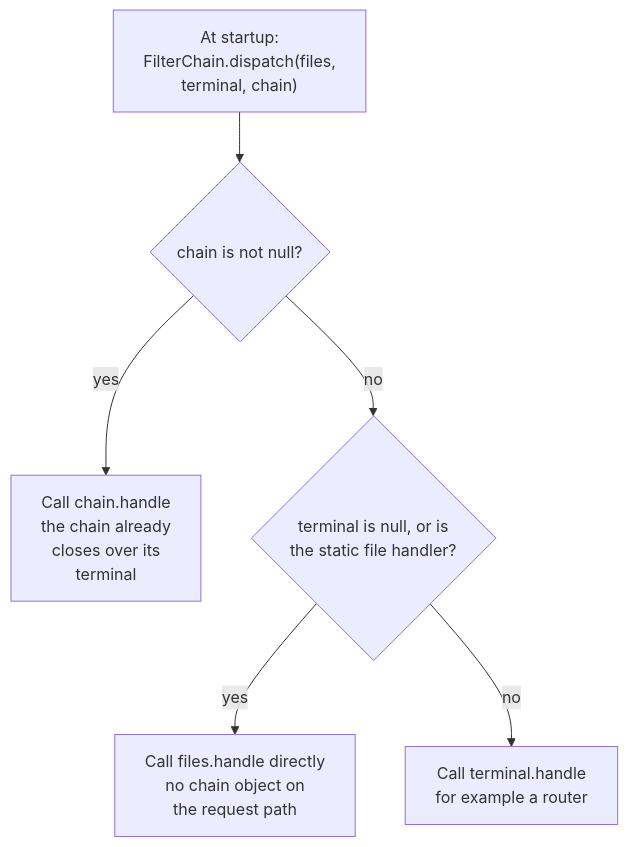
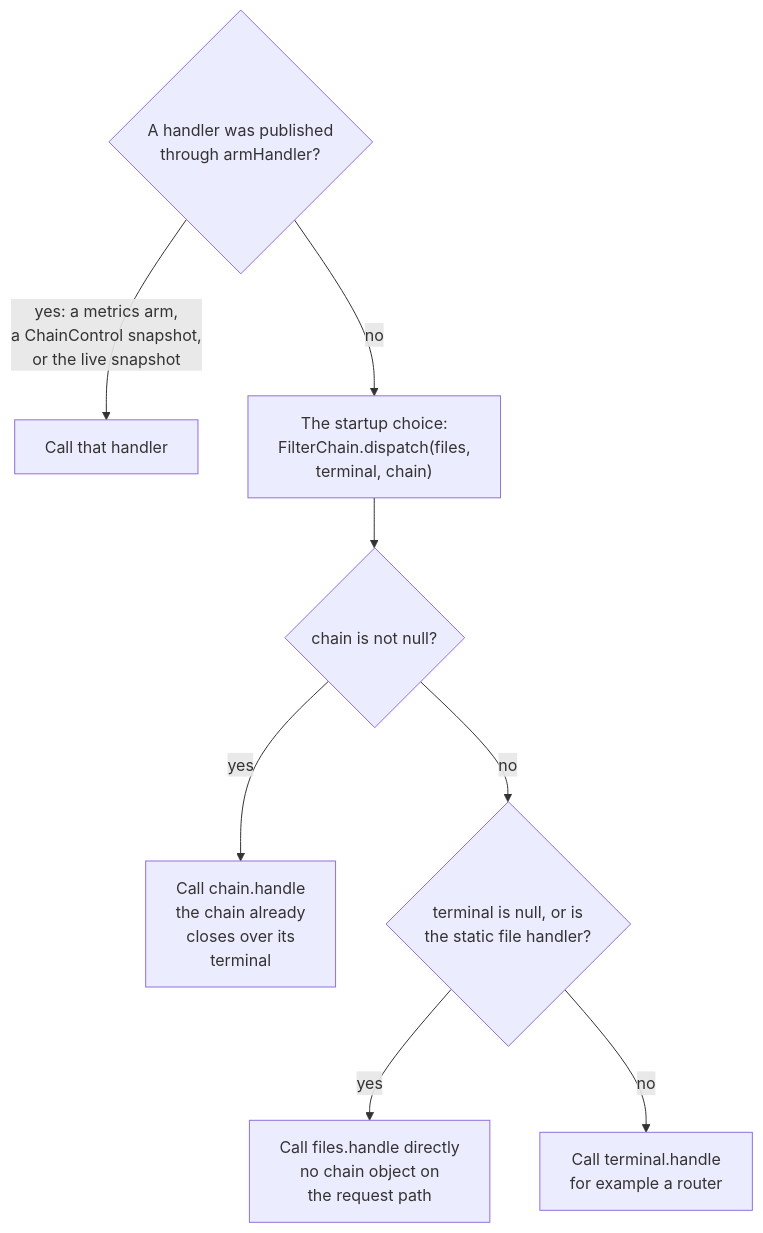
The second of 3 diagrams in docs/development/filters.md (BlivionIaG/sjws_nettask), drawn with Mermaid before and after one commit. The commit also changed other lines of this file and 14 other files, not shown here.

````diff
--- a/docs/development/filters.md
+++ b/docs/development/filters.md
@@ -222,8 +222,10 @@
 ```mermaid
 flowchart TD
-    s["At startup:<br/>FilterChain.dispatch(files,<br/>terminal, chain)"] --> c{"chain is not null?"}
+    a{"A handler was published<br/>through armHandler?"} -->|"yes: a metrics arm,<br/>a ChainControl snapshot,<br/>or the live snapshot"| ar["Call that handler"]
+    a -->|no| s["The startup choice:<br/>FilterChain.dispatch(files,<br/>terminal, chain)"]
+    s --> c{"chain is not null?"}
     c -->|yes| ch["Call chain.handle<br/>the chain already<br/>closes over its<br/>terminal"]
     c -->|no| t{"terminal is null, or is<br/>the static file handler?"}
     t -->|yes| fl["Call files.handle directly<br/>no chain object on<br/>the request path"]
     t -->|no| tm["Call terminal.handle<br/>for example a router"]
 ```
````
